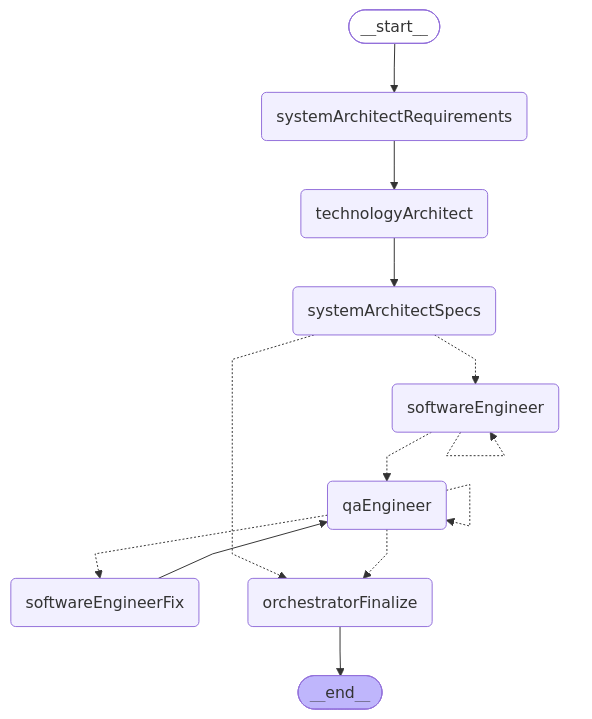
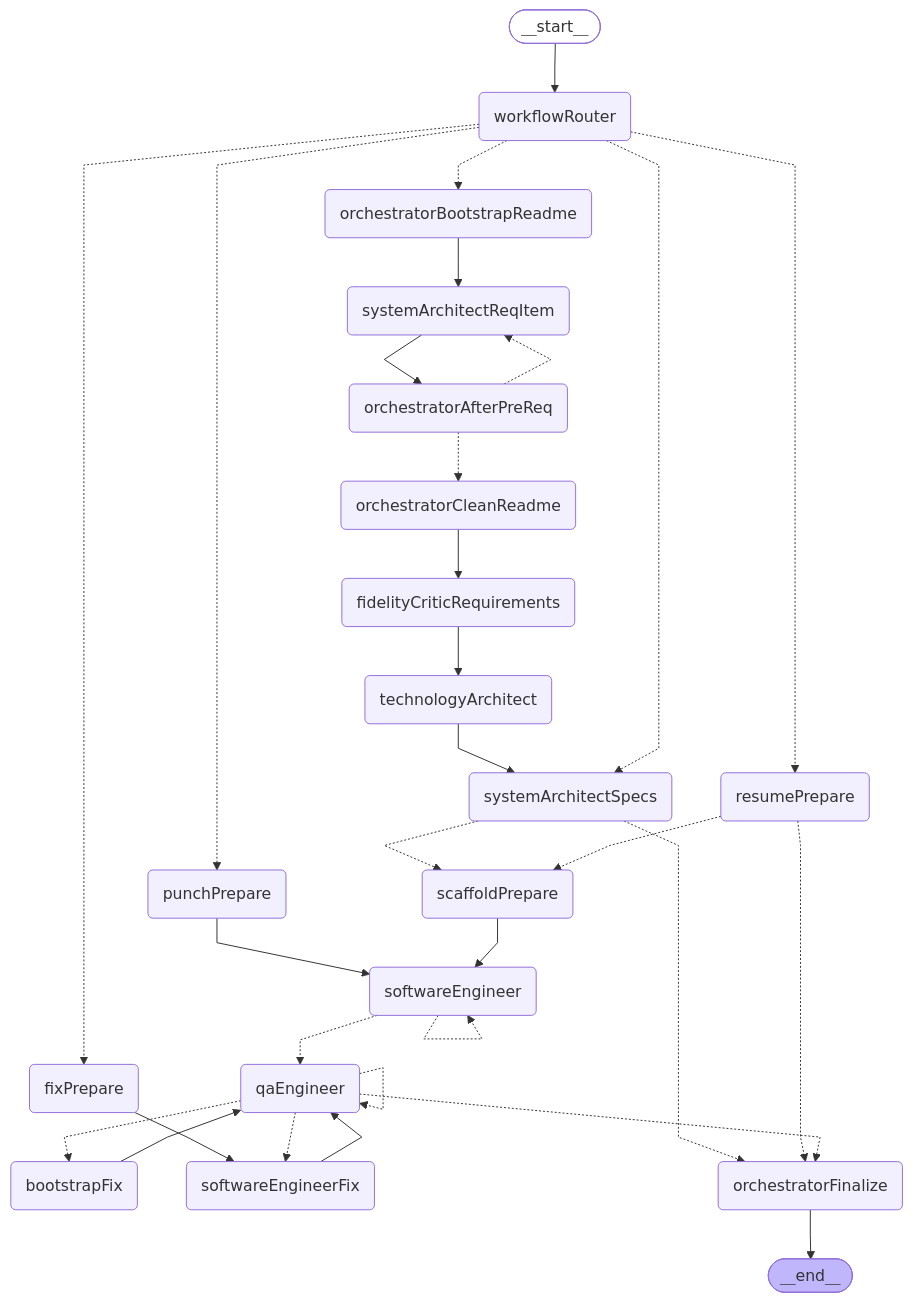
One commit to hilderney/dev-team-orchestrator-mcp changed the diagram in .docs/langgraph.mmd. Above: the diagram before and after it, drawn with Mermaid. The commit also changed 43 other files, not shown here.

```diff
--- a/.docs/langgraph.mmd
+++ b/.docs/langgraph.mmd
@@ -1,27 +1,54 @@
-%% spec-driven pipeline (compiledGraph; docsOnly via state)
+%% spec-driven pipeline (workflowRouter → full|docs|feature|punch|fix)
 %%{init: {'flowchart': {'curve': 'linear'}}}%%
 graph TD;
 	__start__([<p>__start__</p>]):::first
-	systemArchitectRequirements(systemArchitectRequirements)
+	workflowRouter(workflowRouter)
+	punchPrepare(punchPrepare)
+	fixPrepare(fixPrepare)
+	resumePrepare(resumePrepare)
+	orchestratorBootstrapReadme(orchestratorBootstrapReadme)
+	systemArchitectReqItem(systemArchitectReqItem)
+	orchestratorAfterPreReq(orchestratorAfterPreReq)
+	orchestratorCleanReadme(orchestratorCleanReadme)
+	fidelityCriticRequirements(fidelityCriticRequirements)
 	technologyArchitect(technologyArchitect)
 	systemArchitectSpecs(systemArchitectSpecs)
+	scaffoldPrepare(scaffoldPrepare)
+	bootstrapFix(bootstrapFix)
 	softwareEngineer(softwareEngineer)
 	softwareEngineerFix(softwareEngineerFix)
 	qaEngineer(qaEngineer)
 	orchestratorFinalize(orchestratorFinalize)
 	__end__([<p>__end__</p>]):::last
-	__start__ --> systemArchitectRequirements;
+	__start__ --> workflowRouter;
+	bootstrapFix --> qaEngineer;
+	fidelityCriticRequirements --> technologyArchitect;
+	fixPrepare --> softwareEngineerFix;
+	orchestratorBootstrapReadme --> systemArchitectReqItem;
+	orchestratorCleanReadme --> fidelityCriticRequirements;
 	orchestratorFinalize --> __end__;
+	punchPrepare --> softwareEngineer;
+	scaffoldPrepare --> softwareEngineer;
 	softwareEngineerFix --> qaEngineer;
-	systemArchitectRequirements --> technologyArchitect;
+	systemArchitectReqItem --> orchestratorAfterPreReq;
 	technologyArchitect --> systemArchitectSpecs;
-	systemArchitectSpecs -.-> softwareEngineer;
+	workflowRouter -.-> orchestratorBootstrapReadme;
+	workflowRouter -.-> systemArchitectSpecs;
+	workflowRouter -.-> punchPrepare;
+	workflowRouter -.-> fixPrepare;
+	workflowRouter -.-> resumePrepare;
+	orchestratorAfterPreReq -.-> systemArchitectReqItem;
+	orchestratorAfterPreReq -.-> orchestratorCleanReadme;
+	systemArchitectSpecs -.-> scaffoldPrepare;
 	systemArchitectSpecs -.-> orchestratorFinalize;
+	resumePrepare -.-> scaffoldPrepare;
+	resumePrepare -.-> orchestratorFinalize;
 	softwareEngineer -.-> qaEngineer;
 	qaEngineer -.-> softwareEngineerFix;
+	qaEngineer -.-> bootstrapFix;
 	qaEngineer -.-> orchestratorFinalize;
 	softwareEngineer -.-> softwareEngineer;
 	qaEngineer -.-> qaEngineer;
 	classDef default fill:#f2f0ff,line-height:1.2;
 	classDef first fill-opacity:0;
 	classDef last fill:#bfb6fc;
```
